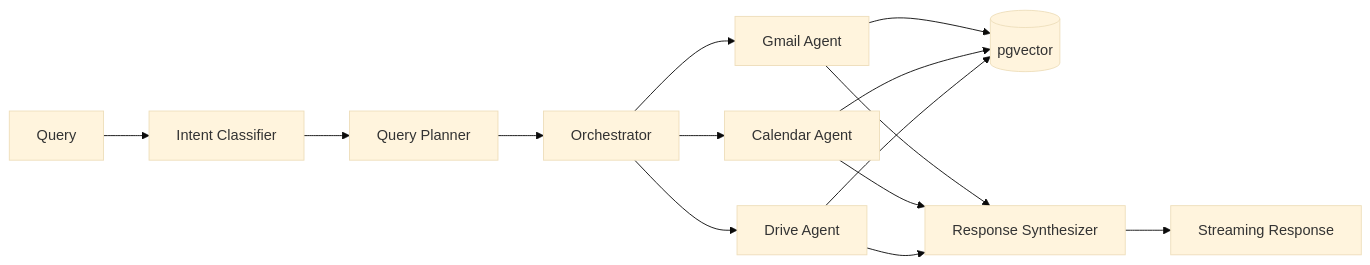
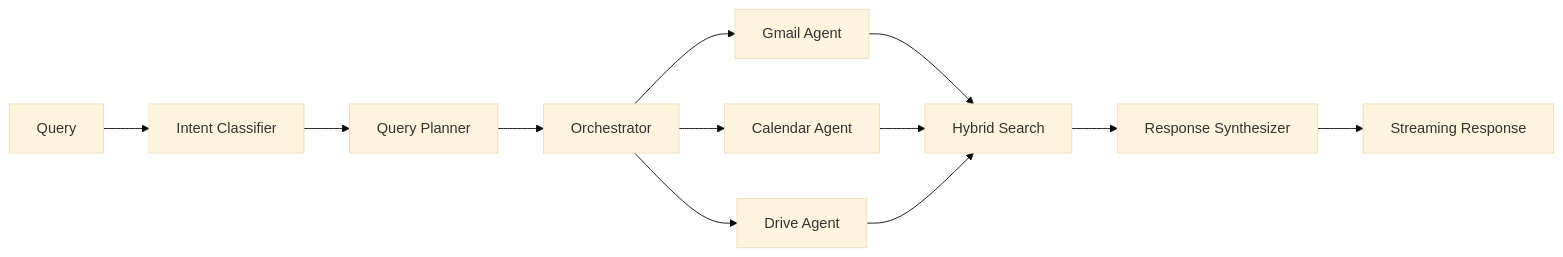
One commit to feat7/orchestrator changed the first of 2 diagrams in README.md. Above: the diagram before and after it, drawn with Mermaid (base theme). The commit also changed other lines of this file and 12 other files, not shown here.

````diff
--- a/README.md
+++ b/README.md
@@ -61,12 +61,12 @@
 ```mermaid
 flowchart LR
     Q[Query] --> IC[Intent Classifier]
     IC --> QP[Query Planner]
     QP --> O[Orchestrator]
     O --> GA[Gmail Agent]
     O --> CA[Calendar Agent]
     O --> DA[Drive Agent]
-    GA & CA & DA --> DB[(pgvector)]
-    GA & CA & DA --> RS[Response Synthesizer]
+    GA & CA & DA --> HS[Hybrid Search]
+    HS --> RS[Response Synthesizer]
     RS --> R[Streaming Response]
 ```
````
